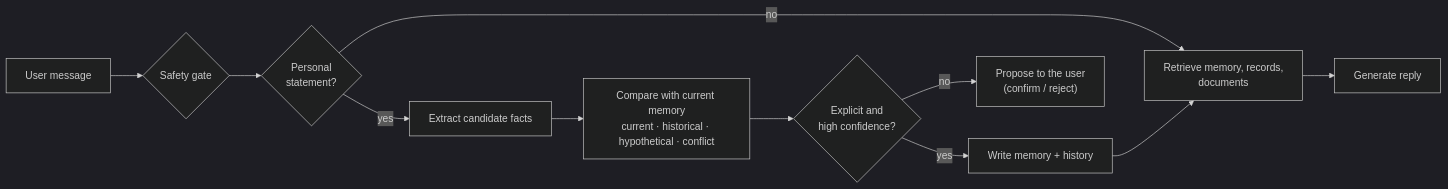
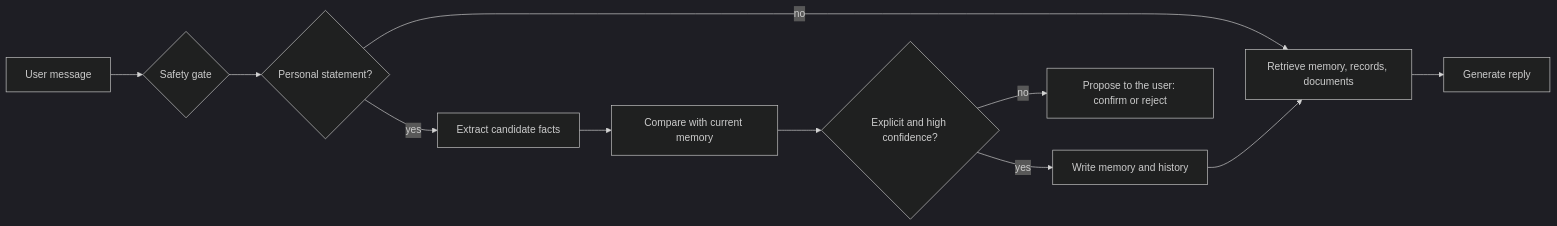
Before and after one commit to prnvvv/FitAI: the third of 3 diagrams in README.md, drawn with Mermaid (dark theme). The commit also changed other lines of this file and 2 other files, not shown here.

````diff
--- a/README.md
+++ b/README.md
@@ -212,13 +212,13 @@
 ```mermaid
 flowchart LR
     M["User message"] --> G{"Safety gate"}
-    G --> P{"Personal<br/>statement?"}
-    P -- yes --> X["Extract candidate facts"]
-    X --> D["Compare with current memory<br/>current · historical · hypothetical · conflict"]
-    D --> A{"Explicit and<br/>high confidence?"}
-    A -- yes --> W["Write memory + history"]
-    A -- no --> Q["Propose to the user<br/>(confirm / reject)"]
-    P -- no --> R["Retrieve memory, records,<br/>documents"]
+    G --> P{"Personal statement?"}
+    P -->|yes| X["Extract candidate facts"]
+    X --> D["Compare with current memory"]
+    D --> A{"Explicit and high confidence?"}
+    A -->|yes| W["Write memory and history"]
+    A -->|no| Q["Propose to the user: confirm or reject"]
+    P -->|no| R["Retrieve memory, records, documents"]
     W --> R
     R --> L["Generate reply"]
 ```
````
